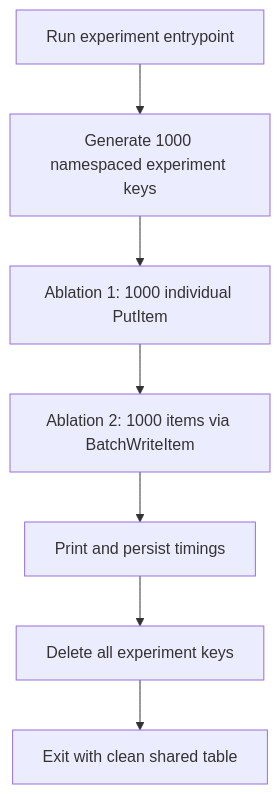
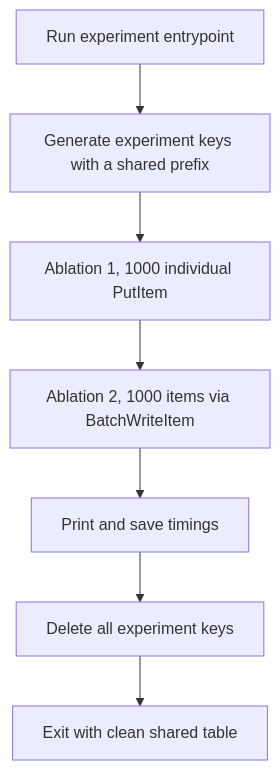
One commit to METResearchGroup/lab_data_integrations_interface changed the diagram in docs/plans/2026-08-11_dynamodb_rates_experiment_46c825/plan.md. Above: the diagram before and after it, drawn with Mermaid. The commit also changed other lines of this file and 3 other files, not shown here.

````diff
--- a/docs/plans/2026-08-11_dynamodb_rates_experiment_46c825/plan.md
+++ b/docs/plans/2026-08-11_dynamodb_rates_experiment_46c825/plan.md
@@ -17,9 +19,9 @@
 ```mermaid
 flowchart TD
-  start[Run experiment entrypoint] --> keys[Generate 1000 namespaced experiment keys]
-  keys --> a1[Ablation 1: 1000 individual PutItem]
-  a1 --> a2[Ablation 2: 1000 items via BatchWriteItem]
-  a2 --> report[Print and persist timings]
+  start[Run experiment entrypoint] --> keys[Generate experiment keys with a shared prefix]
+  keys --> a1[Ablation 1, 1000 individual PutItem]
+  a1 --> a2[Ablation 2, 1000 items via BatchWriteItem]
+  a2 --> report[Print and save timings]
   report --> teardown[Delete all experiment keys]
   teardown --> done[Exit with clean shared table]
 ```
````
